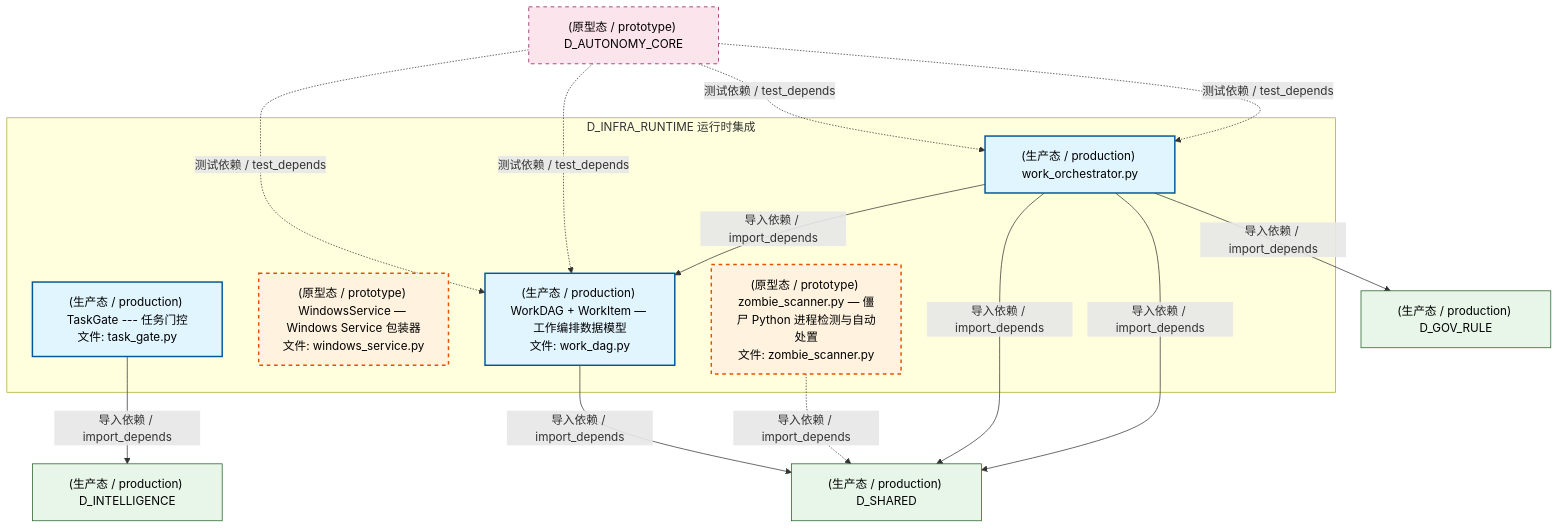
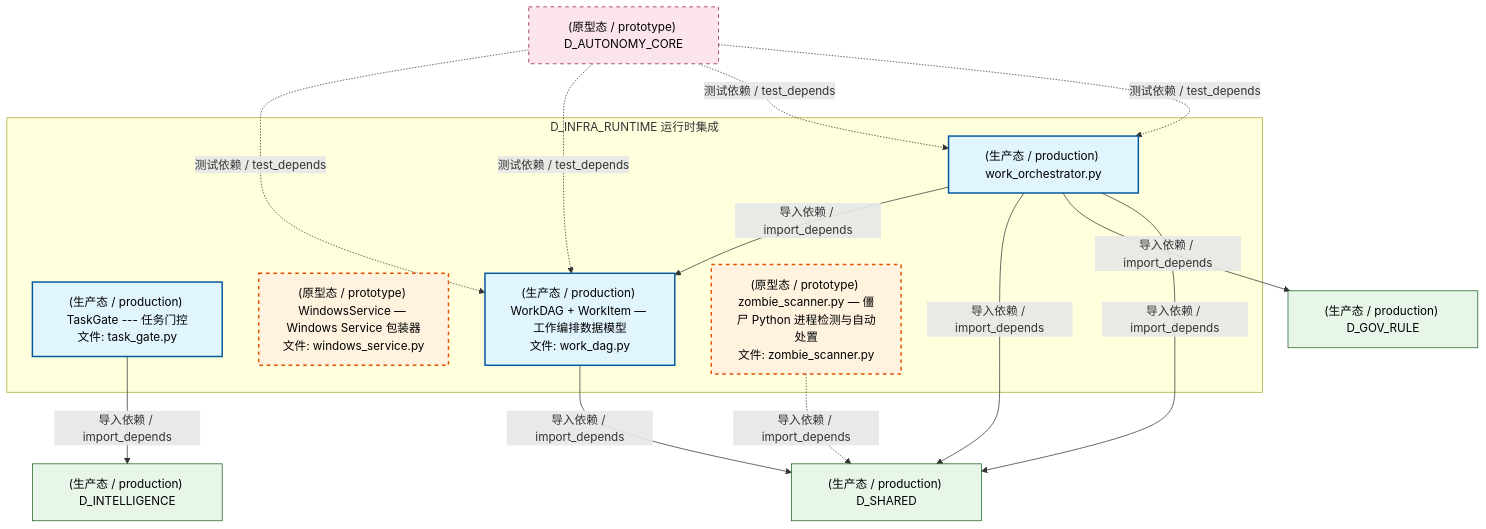
One commit to xuanFelixVan/ZephyrAlpha changed the sixth of 10 diagrams in docs/02_enterprise_architecture/02_domain_architecture_docs/04_d_infra_runtime.md. Above: the diagram before and after it, drawn with Mermaid. The commit also changed other lines of this file and 102 other files, not shown here.

````diff
--- a/docs/02_enterprise_architecture/02_domain_architecture_docs/04_d_infra_runtime.md
+++ b/docs/02_enterprise_architecture/02_domain_architecture_docs/04_d_infra_runtime.md
@@ -735,33 +733,33 @@
 ```mermaid
 graph TD
     subgraph D_INFRA_RUNTIME["D_INFRA_RUNTIME 运行时集成"]
         src_zephyr_trading_task_gate_py["(生产态 / production) TaskGate --- 任务门控<br/>文件: task_gate.py"]
         src_zephyr_trading_windows_service_py["(原型态 / prototype) WindowsService — Windows Service 包装器<br/>文件: windows_service.py"]
         src_zephyr_trading_work_dag_py["(生产态 / production) WorkDAG + WorkItem — 工作编排数据模型<br/>文件: work_dag.py"]
         src_zephyr_trading_work_orchestrator_py["(生产态 / production) work_orchestrator.py"]
         src_zephyr_trading_zombie_scanner_py["(原型态 / prototype) zombie_scanner.py — 僵尸 Python 进程检测与自动处置<br/>文件: zombie_scanner.py"]
     end
     src_zephyr_trading_work_orchestrator_py -->|导入依赖 / import_depends| src_zephyr_trading_work_dag_py
+    D_SHARED["(生产态 / production) D_SHARED"]
+    src_zephyr_trading_work_orchestrator_py -->|导入依赖 / import_depends| D_SHARED
+    src_zephyr_trading_work_dag_py -->|导入依赖 / import_depends| D_SHARED
+    src_zephyr_trading_zombie_scanner_py -.->|导入依赖 / import_depends| D_SHARED
     D_INTELLIGENCE["(生产态 / production) D_INTELLIGENCE"]
     src_zephyr_trading_task_gate_py -->|导入依赖 / import_depends| D_INTELLIGENCE
-    D_SHARED["(生产态 / production) D_SHARED"]
-    src_zephyr_trading_work_dag_py -->|导入依赖 / import_depends| D_SHARED
-    src_zephyr_trading_zombie_scanner_py -.->|导入依赖 / import_depends| D_SHARED
-    src_zephyr_trading_work_orchestrator_py -->|导入依赖 / import_depends| D_SHARED
-    src_zephyr_trading_work_orchestrator_py -->|导入依赖 / import_depends| D_SHARED
     D_GOV_RULE["(生产态 / production) D_GOV_RULE"]
     src_zephyr_trading_work_orchestrator_py -->|导入依赖 / import_depends| D_GOV_RULE
+    src_zephyr_trading_work_orchestrator_py -->|导入依赖 / import_depends| D_SHARED
     D_AUTONOMY_CORE["(原型态 / prototype) D_AUTONOMY_CORE"]
     D_AUTONOMY_CORE -.->|测试依赖 / test_depends| src_zephyr_trading_work_dag_py
     D_AUTONOMY_CORE -.->|测试依赖 / test_depends| src_zephyr_trading_work_dag_py
     D_AUTONOMY_CORE -.->|测试依赖 / test_depends| src_zephyr_trading_work_orchestrator_py
     D_AUTONOMY_CORE -.->|测试依赖 / test_depends| src_zephyr_trading_work_orchestrator_py
     classDef production fill:#e1f5fe,stroke:#01579b,stroke-width:2px,color:#000
     classDef design fill:#fff3e0,stroke:#e65100,stroke-width:2px,color:#000,stroke-dasharray: 5 5
     classDef external_prod fill:#e8f5e9,stroke:#1b5e20,stroke-width:1px,color:#000
     classDef external_design fill:#fce4ec,stroke:#880e4f,stroke-width:1px,color:#000,stroke-dasharray: 5 5
     class src_zephyr_trading_task_gate_py,src_zephyr_trading_work_dag_py,src_zephyr_trading_work_orchestrator_py production
     class src_zephyr_trading_windows_service_py,src_zephyr_trading_zombie_scanner_py design
-    class D_INTELLIGENCE,D_SHARED,D_GOV_RULE external_prod
+    class D_SHARED,D_INTELLIGENCE,D_GOV_RULE external_prod
     class D_AUTONOMY_CORE external_design
 ```
````
